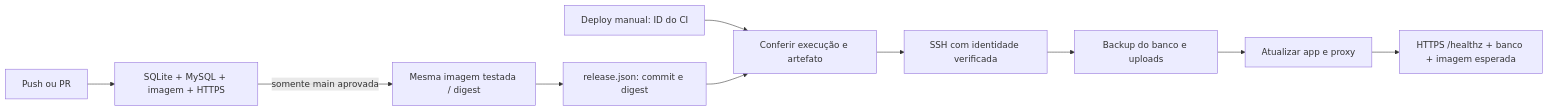
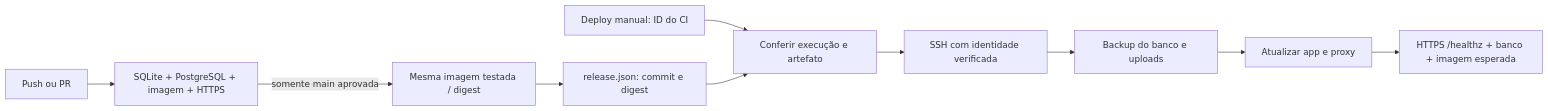
Before and after one commit to robertoqimin/edufast-2.0: the first of 2 diagrams in .github/cicd/README.md, drawn with Mermaid. The commit also changed other lines of this file and 361 other files, not shown here.

````diff
--- a/.github/cicd/README.md
+++ b/.github/cicd/README.md
@@ -60,12 +60,12 @@
 ```mermaid
 flowchart LR
-    Commit[Push ou PR] --> CI[SQLite + MySQL + imagem + HTTPS]
+    Commit[Push ou PR] --> CI[SQLite + PostgreSQL + imagem + HTTPS]
     CI -->|somente main aprovada| GHCR[Mesma imagem testada / digest]
     GHCR --> Artifact[release.json: commit e digest]
     Manual[Deploy manual: ID do CI] --> Verify[Conferir execução e artefato]
     Artifact --> Verify
     Verify --> SSH[SSH com identidade verificada]
     SSH --> Backup[Backup do banco e uploads]
     Backup --> Deploy[Atualizar app e proxy]
     Deploy --> Health[HTTPS /healthz + banco + imagem esperada]
 ```
````
